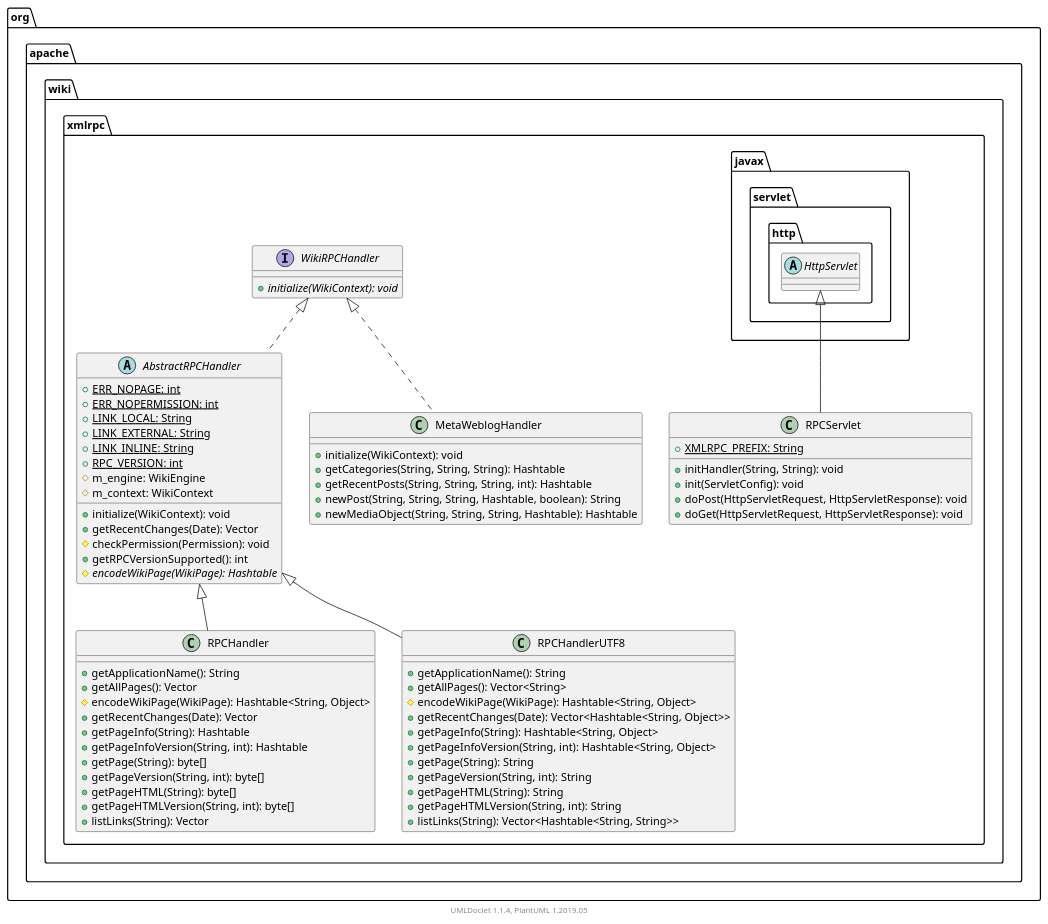
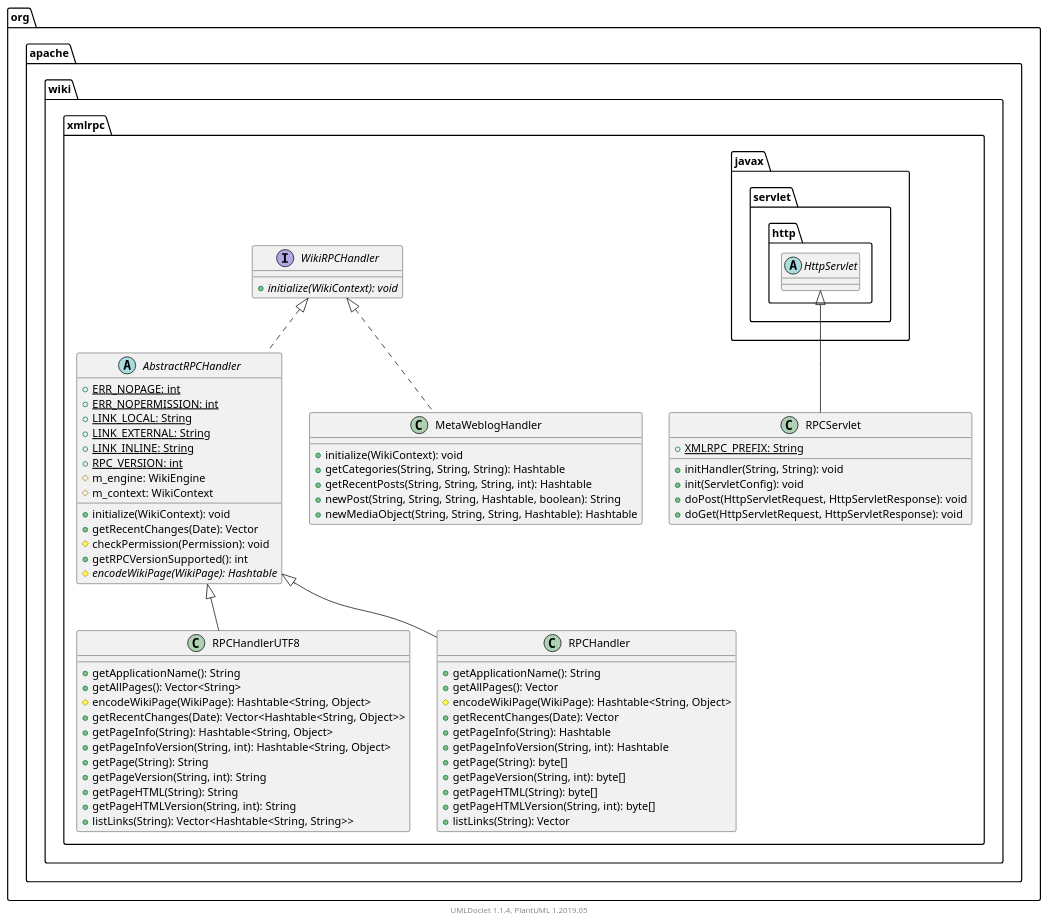
The diagram in apidocs/2.11.0.M7-SNAPSHOT/org/apache/wiki/xmlrpc/package.puml (apache/jspwiki-site), drawn with PlantUML before and after one commit. The commit also changed other lines of this file and 1630 other files, not shown here.

```diff
--- a/apidocs/2.11.0.M7-SNAPSHOT/org/apache/wiki/xmlrpc/package.puml
+++ b/apidocs/2.11.0.M7-SNAPSHOT/org/apache/wiki/xmlrpc/package.puml
@@ -1,84 +1,84 @@
 @startuml
 
     namespace org.apache.wiki.xmlrpc {
+
+        class RPCServlet [[RPCServlet.html]] {
+            {static} +XMLRPC_PREFIX: String
+            +initHandler(String, String): void
+            +init(ServletConfig): void
+            +doPost(HttpServletRequest, HttpServletResponse): void
+            +doGet(HttpServletRequest, HttpServletResponse): void
+        }
+
+        interface WikiRPCHandler [[WikiRPCHandler.html]] {
+            {abstract} +initialize(WikiContext): void
+        }
 
         abstract class AbstractRPCHandler [[AbstractRPCHandler.html]] {
             {static} +ERR_NOPAGE: int
             {static} +ERR_NOPERMISSION: int
             {static} +LINK_LOCAL: String
             {static} +LINK_EXTERNAL: String
             {static} +LINK_INLINE: String
             {static} +RPC_VERSION: int
             #m_engine: WikiEngine
             #m_context: WikiContext
             +initialize(WikiContext): void
             +getRecentChanges(Date): Vector
             #checkPermission(Permission): void
             +getRPCVersionSupported(): int
             {abstract} #encodeWikiPage(WikiPage): Hashtable
         }
 
+        class RPCHandlerUTF8 [[RPCHandlerUTF8.html]] {
+            +getApplicationName(): String
+            +getAllPages(): Vector<String>
+            #encodeWikiPage(WikiPage): Hashtable<String, Object>
+            +getRecentChanges(Date): Vector<Hashtable<String, Object>>
+            +getPageInfo(String): Hashtable<String, Object>
+            +getPageInfoVersion(String, int): Hashtable<String, Object>
+            +getPage(String): String
+            +getPageVersion(String, int): String
+            +getPageHTML(String): String
+            +getPageHTMLVersion(String, int): String
+            +listLinks(String): Vector<Hashtable<String, String>>
+        }
+
+        class MetaWeblogHandler [[MetaWeblogHandler.html]] {
+            +initialize(WikiContext): void
+            +getCategories(String, String, String): Hashtable
+            +getRecentPosts(String, String, String, int): Hashtable
+            +newPost(String, String, String, Hashtable, boolean): String
+            +newMediaObject(String, String, String, Hashtable): Hashtable
+        }
+
         class RPCHandler [[RPCHandler.html]] {
             +getApplicationName(): String
             +getAllPages(): Vector
             #encodeWikiPage(WikiPage): Hashtable<String, Object>
             +getRecentChanges(Date): Vector
             +getPageInfo(String): Hashtable
             +getPageInfoVersion(String, int): Hashtable
             +getPage(String): byte[]
             +getPageVersion(String, int): byte[]
             +getPageHTML(String): byte[]
             +getPageHTMLVersion(String, int): byte[]
             +listLinks(String): Vector
         }
 
-        interface WikiRPCHandler [[WikiRPCHandler.html]] {
-            {abstract} +initialize(WikiContext): void
-        }
-
-        class RPCServlet [[RPCServlet.html]] {
-            {static} +XMLRPC_PREFIX: String
-            +initHandler(String, String): void
-            +init(ServletConfig): void
-            +doPost(HttpServletRequest, HttpServletResponse): void
-            +doGet(HttpServletRequest, HttpServletResponse): void
-        }
-
-        class MetaWeblogHandler [[MetaWeblogHandler.html]] {
-            +initialize(WikiContext): void
-            +getCategories(String, String, String): Hashtable
-            +getRecentPosts(String, String, String, int): Hashtable
-            +newPost(String, String, String, Hashtable, boolean): String
-            +newMediaObject(String, String, String, Hashtable): Hashtable
-        }
-
-        class RPCHandlerUTF8 [[RPCHandlerUTF8.html]] {
-            +getApplicationName(): String
-            +getAllPages(): Vector<String>
-            #encodeWikiPage(WikiPage): Hashtable<String, Object>
-            +getRecentChanges(Date): Vector<Hashtable<String, Object>>
-            +getPageInfo(String): Hashtable<String, Object>
-            +getPageInfoVersion(String, int): Hashtable<String, Object>
-            +getPage(String): String
-            +getPageVersion(String, int): String
-            +getPageHTML(String): String
-            +getPageHTMLVersion(String, int): String
-            +listLinks(String): Vector<Hashtable<String, String>>
-        }
+        abstract class javax.servlet.http.HttpServlet
+        javax.servlet.http.HttpServlet <|-- RPCServlet
 
         WikiRPCHandler <|.. AbstractRPCHandler
 
-        AbstractRPCHandler <|-- RPCHandler
-
-        abstract class javax.servlet.http.HttpServlet
-        javax.servlet.http.HttpServlet <|-- RPCServlet
+        AbstractRPCHandler <|-- RPCHandlerUTF8
 
         WikiRPCHandler <|.. MetaWeblogHandler
 
-        AbstractRPCHandler <|-- RPCHandlerUTF8
+        AbstractRPCHandler <|-- RPCHandler
 
     }
 
 
     center footer UMLDoclet 1.1.4, PlantUML 1.2019.05
 @enduml
```
